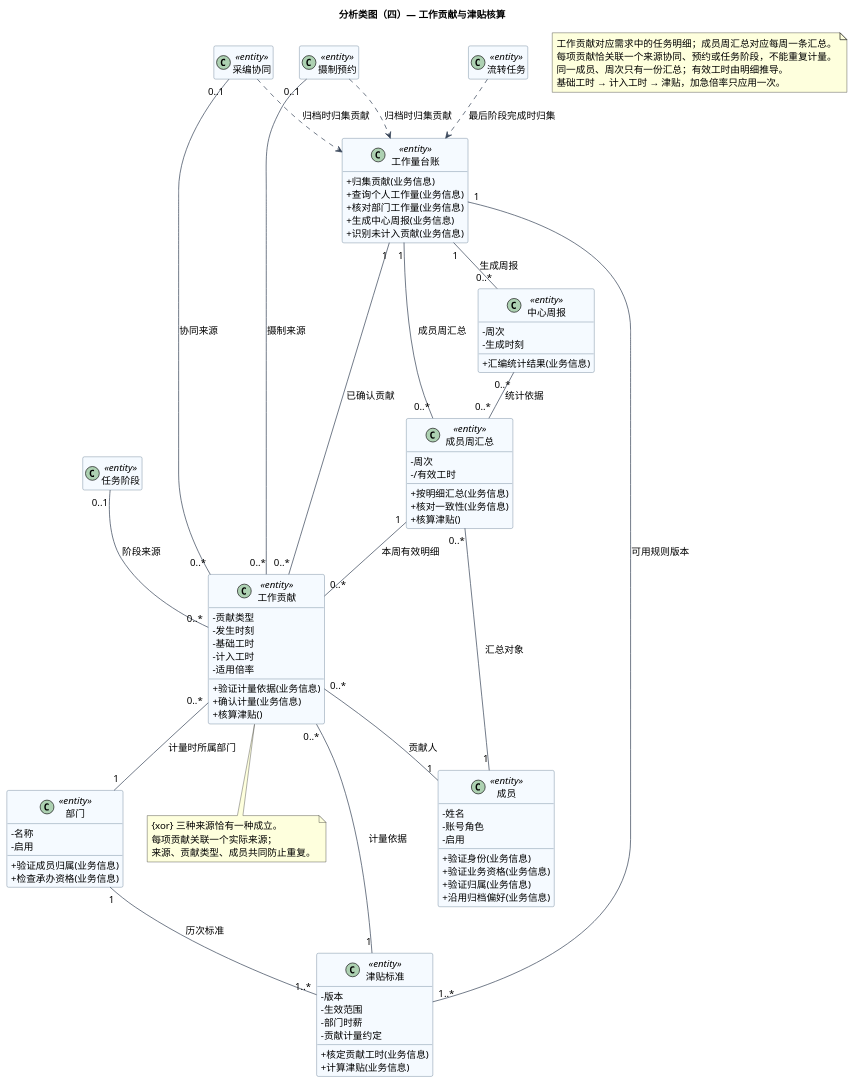
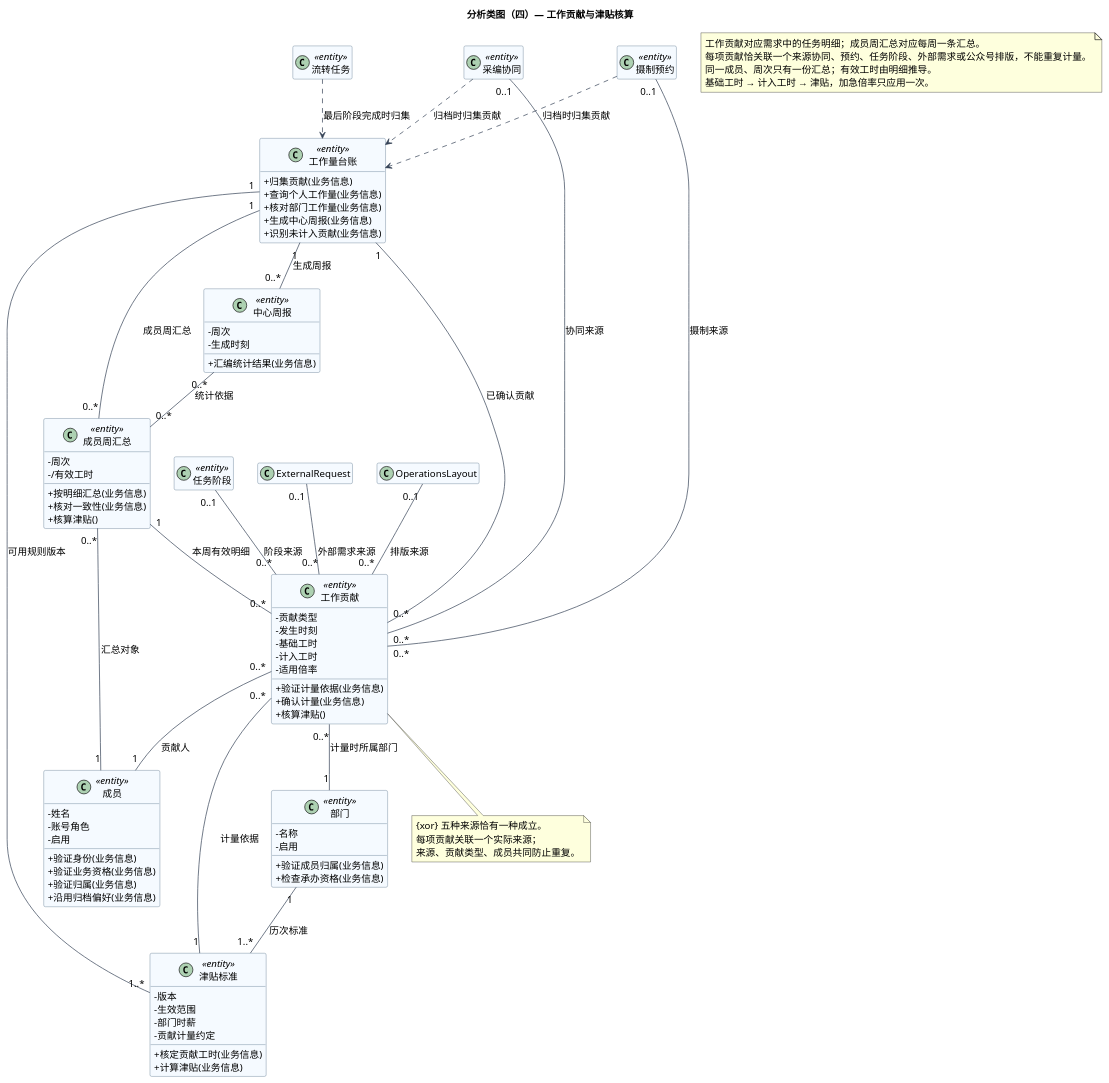
The diagram in docs/diagrams/analysis/class-accounting.puml (tccc1csu/miniprogram-csu), drawn with PlantUML before and after one commit. The commit also changed 35 other files, not shown here.

Commit message:
docs: align normalized database with external requests and layout reviews

```diff
--- a/docs/diagrams/analysis/class-accounting.puml
+++ b/docs/diagrams/analysis/class-accounting.puml
@@ -1,95 +1,97 @@
 @startuml
 title 分析类图（四）— 工作贡献与津贴核算
 skinparam defaultFontName Microsoft YaHei
 skinparam defaultFontSize 14
 skinparam shadowing false
 skinparam backgroundColor white
 skinparam classAttributeIconSize 0
 skinparam classBackgroundColor #F5FAFF
 skinparam classBorderColor #46637F
 skinparam ArrowColor #334155
 skinparam nodesep 35
 skinparam ranksep 45
 hide empty members
 class "工作量台账" as Ledger <<entity>> {
   + 归集贡献(业务信息)
   + 查询个人工作量(业务信息)
   + 核对部门工作量(业务信息)
   + 生成中心周报(业务信息)
   + 识别未计入贡献(业务信息)
 }
 class "工作贡献" as Contribution <<entity>> {
   - 贡献类型
   - 发生时刻
   - 基础工时
   - 计入工时
   - 适用倍率
   + 验证计量依据(业务信息)
   + 确认计量(业务信息)
   + 核算津贴()
 }
 class "成员周汇总" as Weekly <<entity>> {
   - 周次
   - /有效工时
   + 按明细汇总(业务信息)
   + 核对一致性(业务信息)
   + 核算津贴()
 }
 class "津贴标准" as Allowance <<entity>> {
   - 版本
   - 生效范围
   - 部门时薪
   - 贡献计量约定
   + 核定贡献工时(业务信息)
   + 计算津贴(业务信息)
 }
 class "中心周报" as Report <<entity>> {
   - 周次
   - 生成时刻
   + 汇编统计结果(业务信息)
 }
 class "成员" as Member <<entity>> {
   - 姓名
   - 账号角色
   - 启用
   + 验证身份(业务信息)
   + 验证业务资格(业务信息)
   + 验证归属(业务信息)
   + 沿用归档偏好(业务信息)
 }
 class "部门" as Department <<entity>> {
   - 名称
   - 启用
   + 验证成员归属(业务信息)
   + 检查承办资格(业务信息)
 }
 
 class "采编协同" as Editorial <<entity>>
 class "摄制预约" as Booking <<entity>>
 class "任务阶段" as Stage <<entity>>
 class "流转任务" as Workflow <<entity>>
 Ledger "1" -- "0..*" Contribution : 已确认贡献
 Ledger "1" -- "0..*" Weekly : 成员周汇总
 Ledger "1" -- "1..*" Allowance : 可用规则版本
 Ledger "1" -- "0..*" Report : 生成周报
 Editorial ..> Ledger : 归档时归集贡献
 Booking ..> Ledger : 归档时归集贡献
 Workflow ..> Ledger : 最后阶段完成时归集
 Contribution "0..*" -- "1" Member : 贡献人
 Contribution "0..*" -- "1" Department : 计量时所属部门
 Contribution "0..*" -- "1" Allowance : 计量依据
 Department "1" -- "1..*" Allowance : 历次标准
 Weekly "0..*" -- "1" Member : 汇总对象
 Weekly "1" -- "0..*" Contribution : 本周有效明细
 Report "0..*" -- "0..*" Weekly : 统计依据
 Editorial "0..1" -- "0..*" Contribution : 协同来源
 Booking "0..1" -- "0..*" Contribution : 摄制来源
 Stage "0..1" -- "0..*" Contribution : 阶段来源
+ExternalRequest "0..1" -- "0..*" Contribution : 外部需求来源
+OperationsLayout "0..1" -- "0..*" Contribution : 排版来源
 note bottom of Contribution
-  {xor} 三种来源恰有一种成立。
+  {xor} 五种来源恰有一种成立。
   每项贡献关联一个实际来源；
   来源、贡献类型、成员共同防止重复。
 end note
 
-note "工作贡献对应需求中的任务明细；成员周汇总对应每周一条汇总。\n每项贡献恰关联一个来源协同、预约或任务阶段，不能重复计量。\n同一成员、周次只有一份汇总；有效工时由明细推导。\n基础工时 → 计入工时 → 津贴，加急倍率只应用一次。" as Guidance
+note "工作贡献对应需求中的任务明细；成员周汇总对应每周一条汇总。\n每项贡献恰关联一个来源协同、预约、任务阶段、外部需求或公众号排版，不能重复计量。\n同一成员、周次只有一份汇总；有效工时由明细推导。\n基础工时 → 计入工时 → 津贴，加急倍率只应用一次。" as Guidance
 @enduml
```
